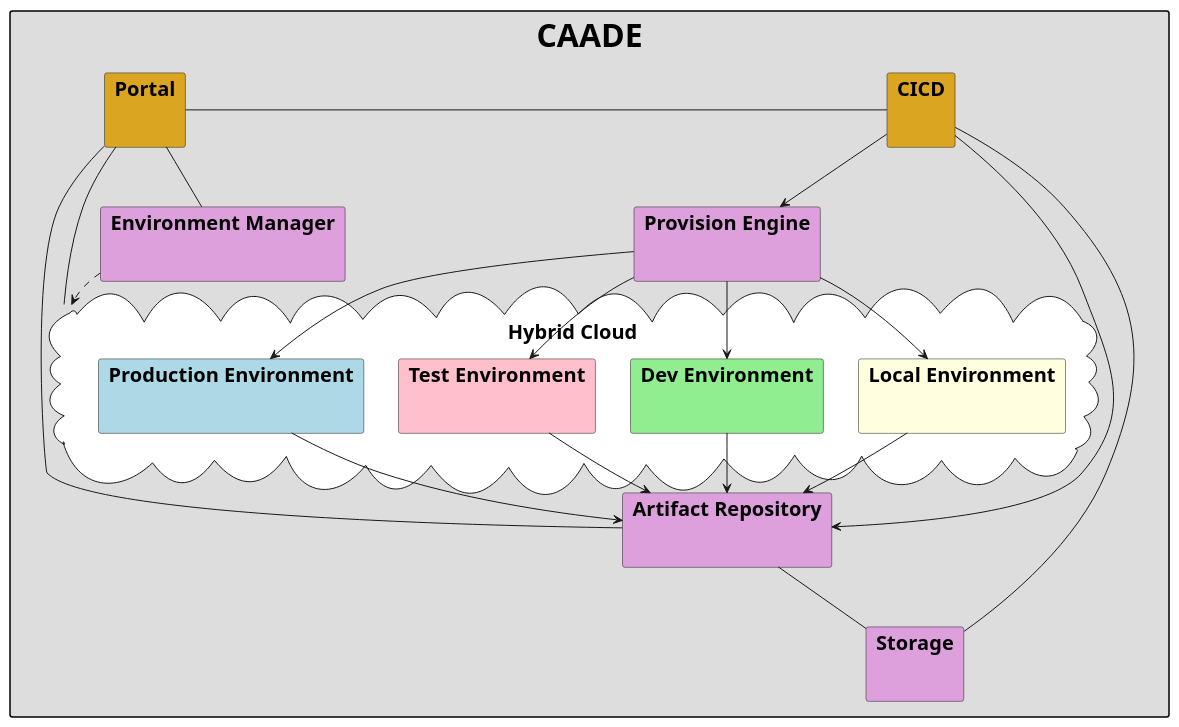
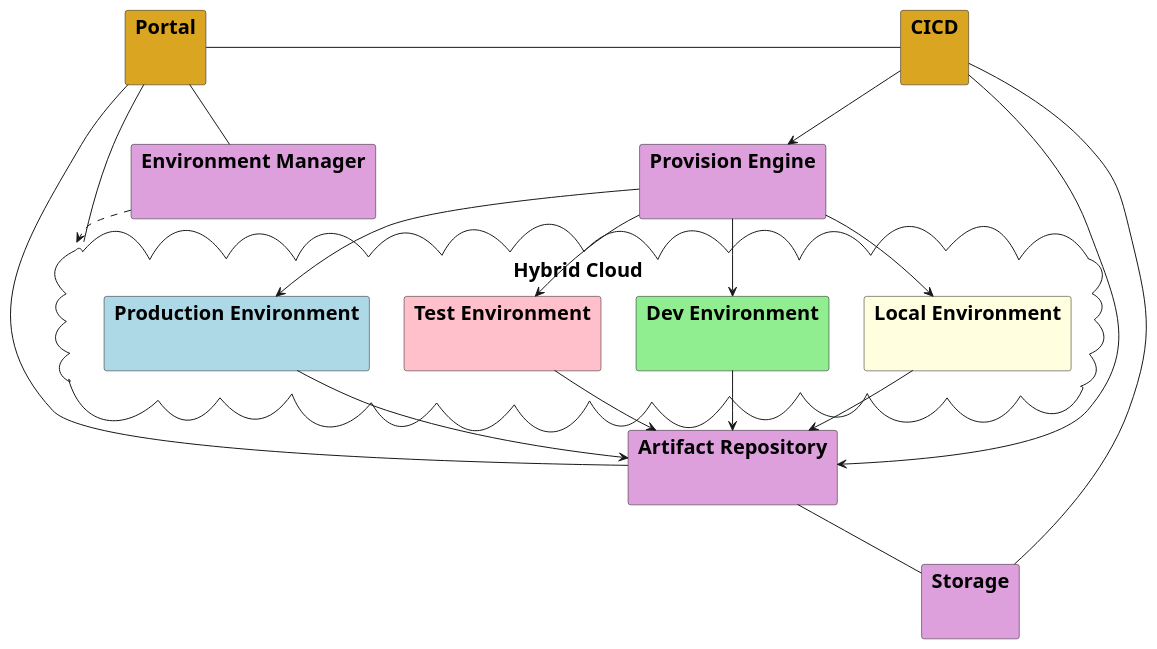
One commit to CAADE/CAADE changed the diagram in docs/Architecture.puml. Above: the diagram before and after it, drawn with PlantUML. The commit also changed 58 other files, not shown here.

```diff
--- a/docs/Architecture.puml
+++ b/docs/Architecture.puml
@@ -1,42 +1,40 @@
 @startuml
 
 skinparam packageStyle rect
 skinparam defaultFontSize 20
 
-package <size:32>CAADE</size> #dddddd {
     package Portal #goldenrod { }
     package "CICD" #goldenrod { }
     package "Storage" #plum { }
     package "Artifact Repository" as AR #plum { }
     package "Environment Manager" as EM #plum { }
     package "Provision Engine" as PE  #plum { }
     cloud "Hybrid Cloud" as HC #ffffff {
         package "Local Environment" as LEnv #lightyellow { }
         package "Dev Environment" as DEnv #lightgreen { }
         package "Test Environment" as TEnv #pink { }
         package "Production Environment" as PEnv #lightblue { }
     }
-}
 
 Portal - CICD
 Portal -- EM
 CICD --> PE
 
 EM ..> HC
 
 PE --> LEnv
 PE --> DEnv
 PE --> TEnv
 PE --> PEnv
 Portal - AR
 Portal - HC
 
 CICD -> AR
 LEnv --> AR
 DEnv --> AR
 TEnv --> AR
 PEnv --> AR
 AR -- Storage
 CICD -- Storage
 
 @enduml
```
